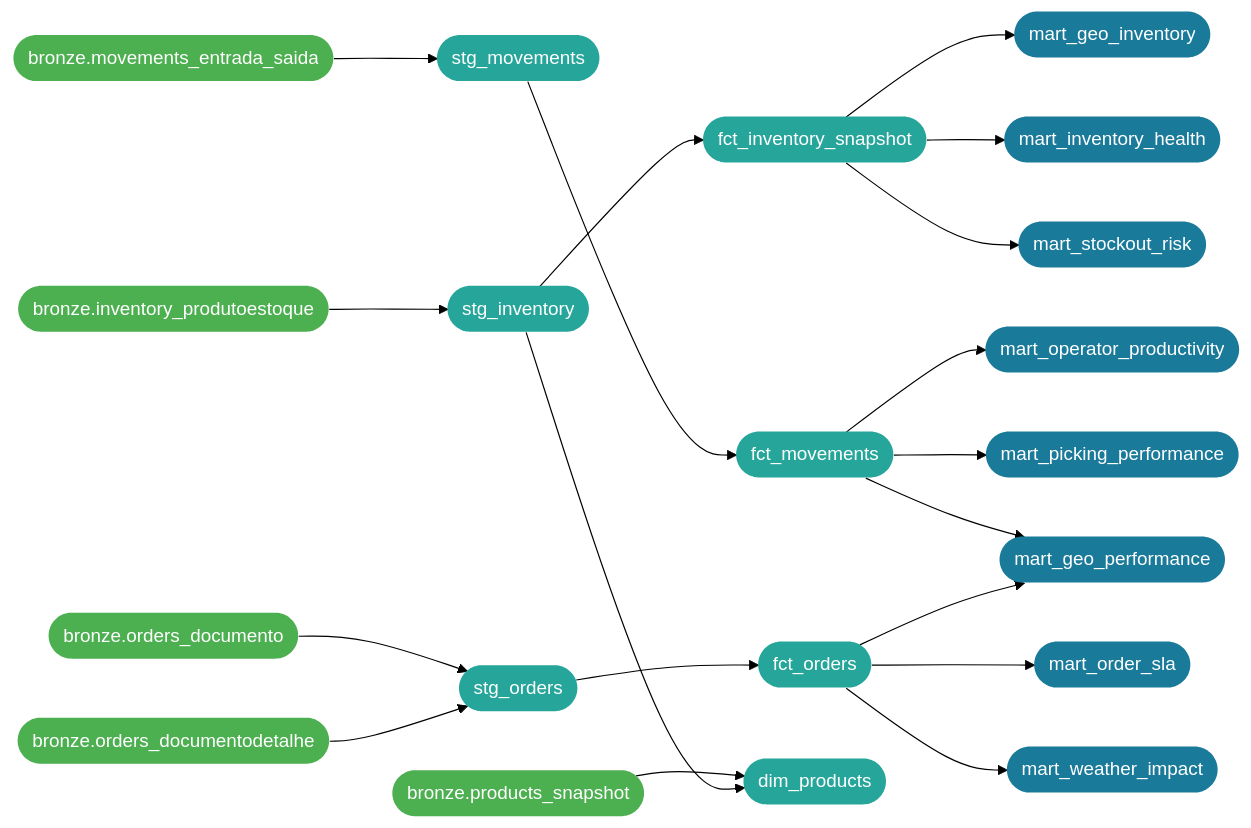
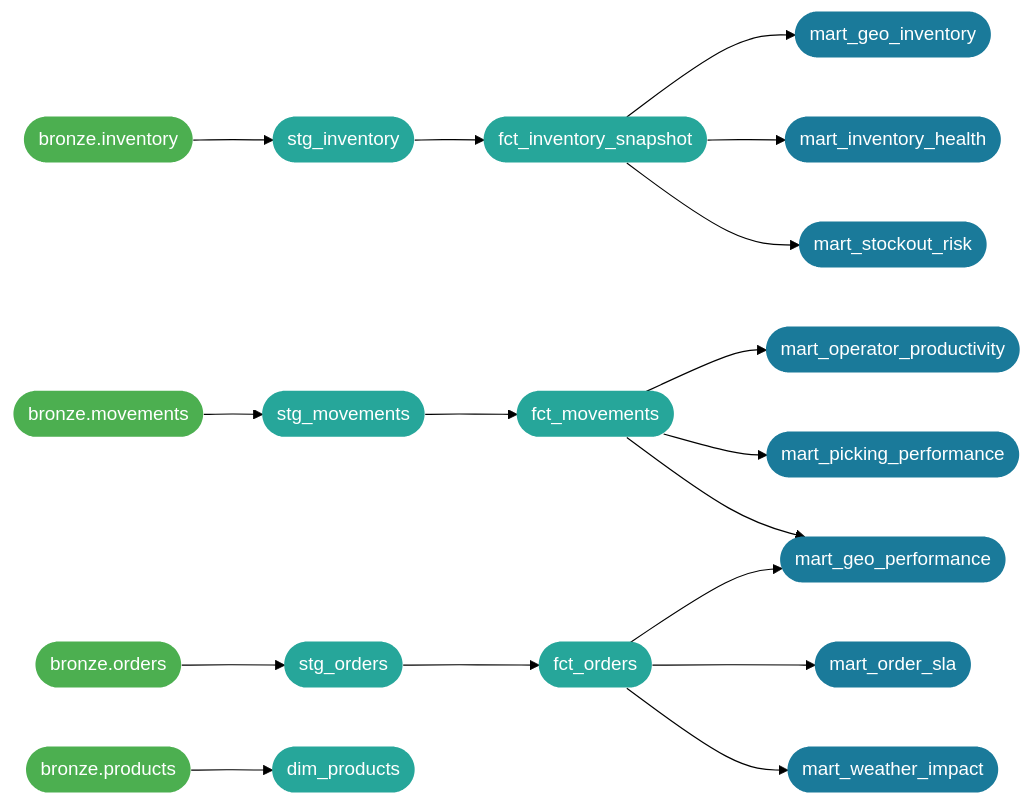
The second of 2 diagrams in README.md (leandroslax/wms-data-platform), drawn with Mermaid (forest theme) before and after one commit. The commit also changed other lines of this file, not shown here.

Commit message:
docs: README atualizado — Grafana 2 dashboards, Superset 14 charts, seed 1 ano

````diff
--- a/README.md
+++ b/README.md
@@ -114,50 +167,38 @@
 ```mermaid
 flowchart LR
     classDef bronze fill:#4caf50,color:#fff,stroke:none
     classDef silver fill:#26a69a,color:#fff,stroke:none
     classDef gold   fill:#1a7a9a,color:#fff,stroke:none
 
-    B1([bronze.inventory_produtoestoque]):::bronze
-    B2([bronze.movements_entrada_saida]):::bronze
-    B3([bronze.orders_documento]):::bronze
-    B4([bronze.orders_documentodetalhe]):::bronze
-    B5([bronze.products_snapshot]):::bronze
+    B1([bronze.inventory]):::bronze
+    B2([bronze.movements]):::bronze
+    B3([bronze.orders]):::bronze
+    B5([bronze.products]):::bronze
 
     S1([stg_inventory]):::silver
     S2([stg_movements]):::silver
     S3([stg_orders]):::silver
 
     F1([fct_inventory_snapshot]):::silver
     F2([fct_movements]):::silver
     F3([fct_orders]):::silver
     D1([dim_products]):::silver
 
     M1([mart_geo_inventory]):::gold
     M2([mart_inventory_health]):::gold
     M3([mart_stockout_risk]):::gold
     M4([mart_operator_productivity]):::gold
     M5([mart_picking_performance]):::gold
     M6([mart_geo_performance]):::gold
     M7([mart_order_sla]):::gold
     M8([mart_weather_impact]):::gold
 
-    B1 --> S1
-    B2 --> S2
-    B3 & B4 --> S3
+    B1 --> S1 --> F1
+    B2 --> S2 --> F2
+    B3 --> S3 --> F3
     B5 --> D1
 
-    S1 --> F1
-    S1 --> D1
-    S2 --> F2
-    S3 --> F3
-
-    F1 --> M1
-    F1 --> M2
-    F1 --> M3
-    F2 --> M4
-    F2 --> M5
-    F2 --> M6
-    F3 --> M6
-    F3 --> M7
-    F3 --> M8
+    F1 --> M1 & M2 & M3
+    F2 --> M4 & M5 & M6
+    F3 --> M6 & M7 & M8
 ```
````
